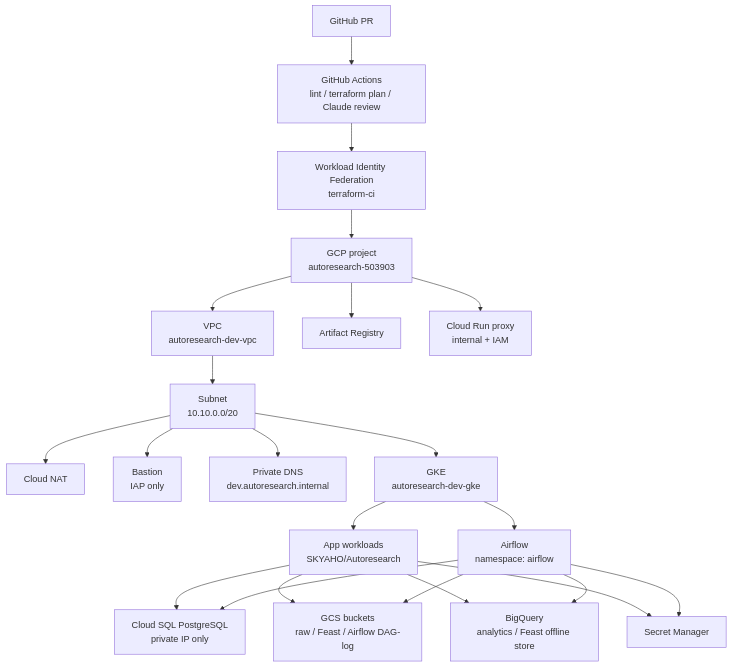
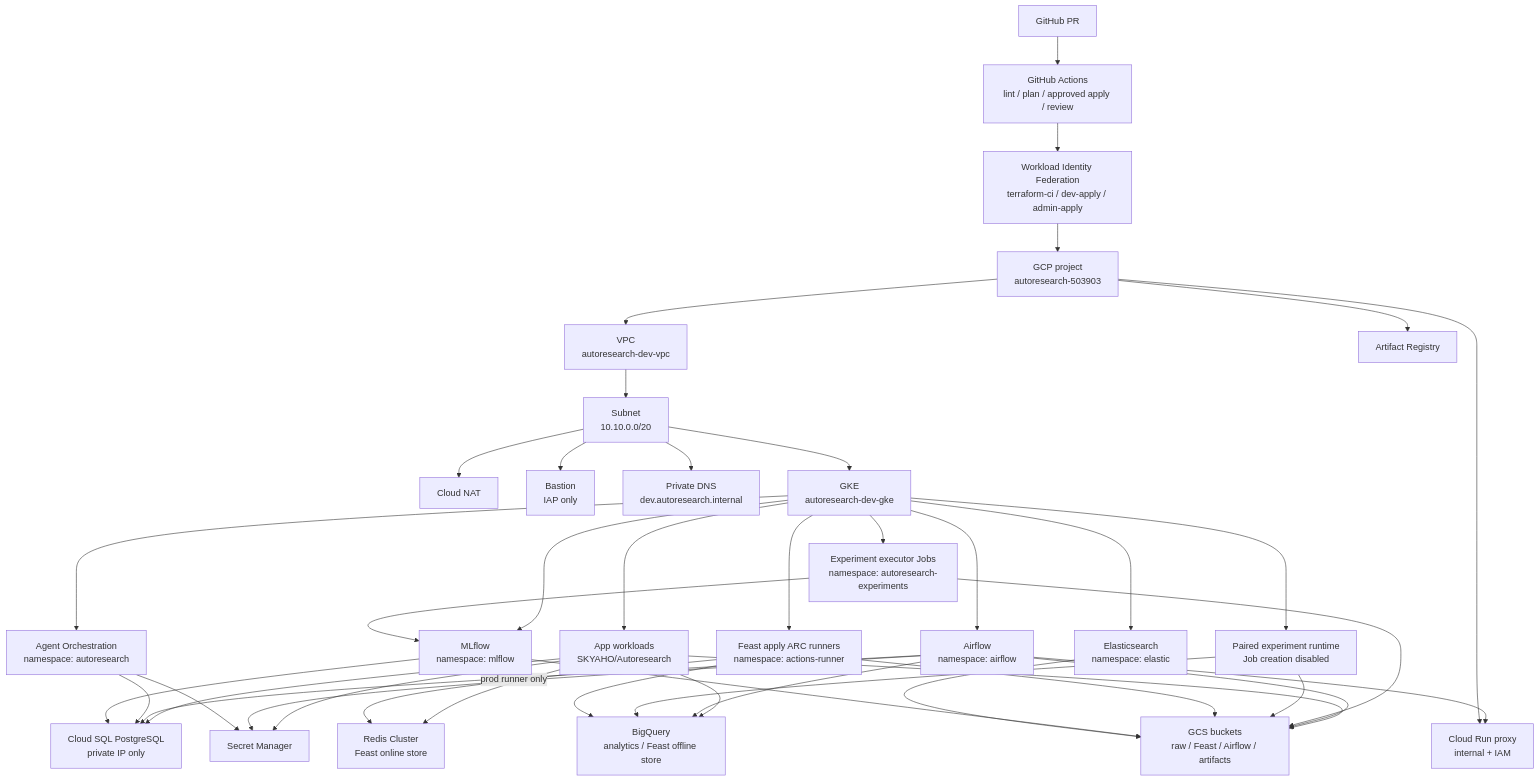
One commit to SKYAHO/Autoresearch-infra changed the second of 9 diagrams in docs/INFRASTRUCTURE_SUMMARY.md. Above: the diagram before and after it, drawn with Mermaid. The commit also changed other lines of this file and 1 other file, not shown here.

Commit message:
docs: 인프라 요약 peer review 반영

````diff
--- a/docs/INFRASTRUCTURE_SUMMARY.md
+++ b/docs/INFRASTRUCTURE_SUMMARY.md
@@ -208,43 +209,70 @@
 ```mermaid
 flowchart TB
     gh["GitHub PR"]
-    ci["GitHub Actions<br/>lint / terraform plan / Claude review"]
-    wif["Workload Identity Federation<br/>terraform-ci"]
+    ci["GitHub Actions<br/>lint / plan / approved apply / review"]
+    wif["Workload Identity Federation<br/>terraform-ci / dev-apply / admin-apply"]
     gcp["GCP project<br/>autoresearch-503903"]
 
     vpc["VPC<br/>autoresearch-dev-vpc"]
     subnet["Subnet<br/>10.10.0.0/20"]
     nat["Cloud NAT"]
     bastion["Bastion<br/>IAP only"]
     dns["Private DNS<br/>dev.autoresearch.internal"]
 
     gke["GKE<br/>autoresearch-dev-gke"]
     app["App workloads<br/>SKYAHO/Autoresearch"]
     airflow["Airflow<br/>namespace: airflow"]
+    agent["Agent Orchestration<br/>namespace: autoresearch"]
+    experiment["Experiment executor Jobs<br/>namespace: autoresearch-experiments"]
+    paired["Paired experiment runtime<br/>Job creation disabled"]
+    arc["Feast apply ARC runners<br/>namespace: actions-runner"]
+    mlflow["MLflow<br/>namespace: mlflow"]
+    elastic["Elasticsearch<br/>namespace: elastic"]
 
     sql["Cloud SQL PostgreSQL<br/>private IP only"]
-    gcs["GCS buckets<br/>raw / Feast / Airflow DAG-log"]
+    gcs["GCS buckets<br/>raw / Feast / Airflow / artifacts"]
     bq["BigQuery<br/>analytics / Feast offline store"]
+    redis["Redis Cluster<br/>Feast online store"]
     sm["Secret Manager"]
     ar["Artifact Registry"]
     run["Cloud Run proxy<br/>internal + IAM"]
 
     gh --> ci --> wif --> gcp
     gcp --> vpc --> subnet
     subnet --> nat
     subnet --> bastion
     subnet --> dns
     subnet --> gke
     gke --> app
     gke --> airflow
+    gke --> agent
+    gke --> experiment
+    gke --> paired
+    gke --> arc
+    gke --> mlflow
+    gke --> elastic
     app --> sql
+    app --> redis
     app --> gcs
     app --> bq
     app --> sm
     airflow --> sql
     airflow --> gcs
     airflow --> bq
     airflow --> sm
+    airflow --> run
+    agent --> sql
+    agent --> sm
+    experiment --> gcs
+    experiment --> mlflow
+    paired --> gcs
+    paired --> bq
+    arc --> gcs
+    arc --> bq
+    arc -->|"prod runner only"| redis
+    mlflow --> sql
+    mlflow --> gcs
+    elastic --> gcs
     gcp --> ar
     gcp --> run
 ```
````
